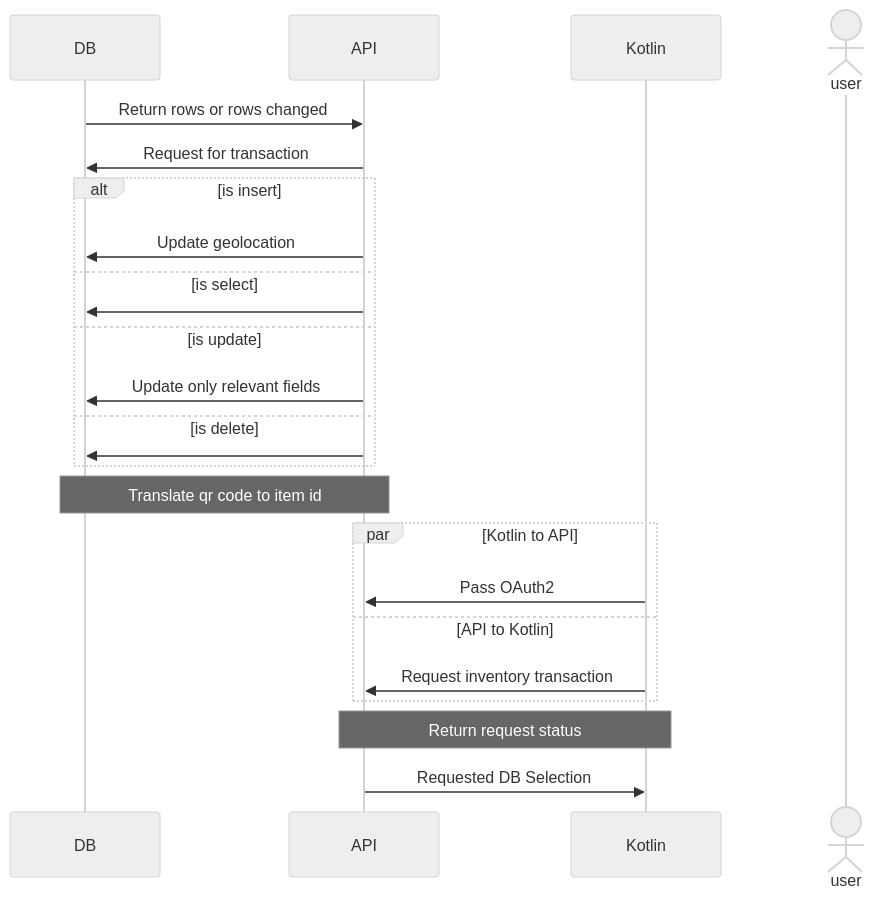
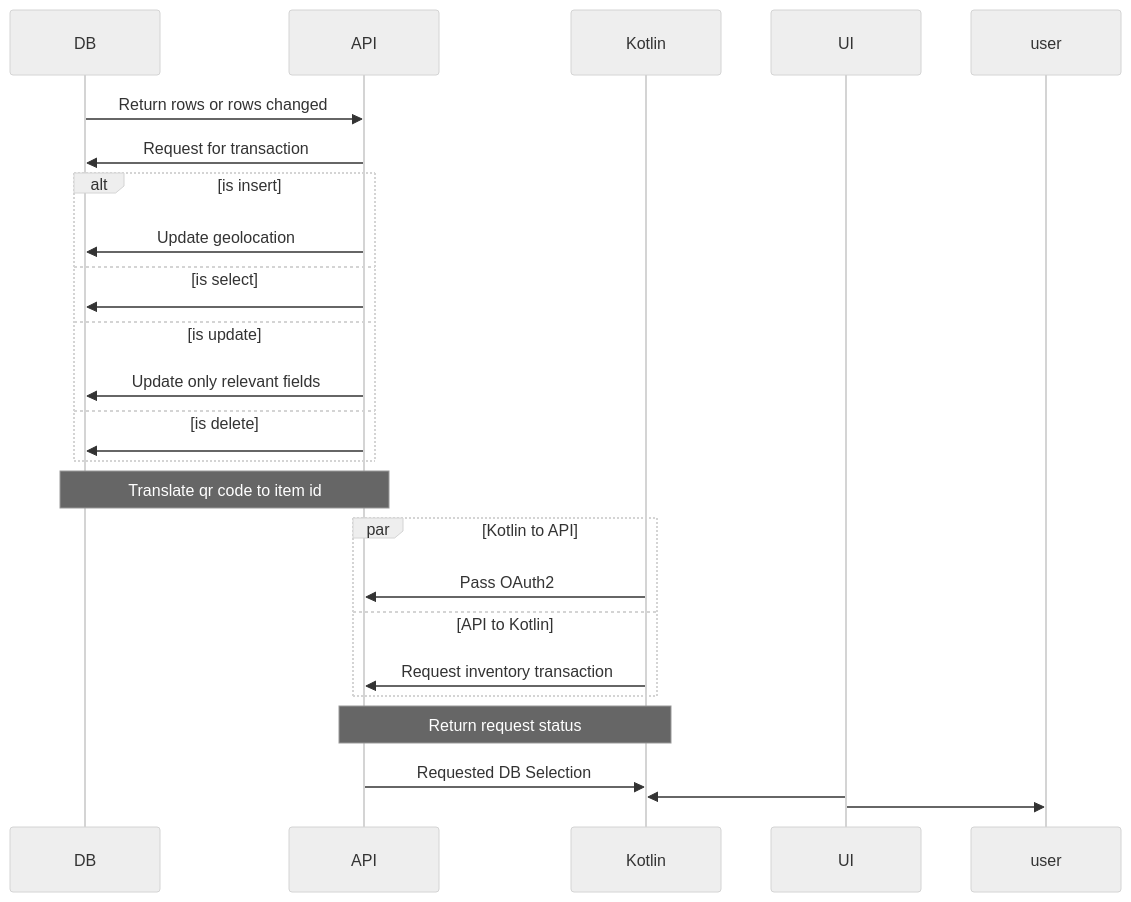
One commit to Andrew-Shepard/qstars-android-ui changed the diagram in README.md. Above: the diagram before and after it, drawn with Mermaid (neutral theme).

Commit message:
Added UI to interact between Kotlin and user

````diff
--- a/README.md
+++ b/README.md
@@ -4,23 +4,28 @@
 ```mermaid
 sequenceDiagram
 DB->>API: Return rows or rows changed
 API->>DB: Request for transaction
 alt is insert
     API->>DB: Update geolocation
 else is select
     API->>DB: 
 else is update
     API->>DB: Update only relevant fields
 else is delete
     API->>DB: 
 end
 Note over API,DB: Translate qr code to item id
 par Kotlin to API
     Kotlin->>API: Pass OAuth2
 and API to Kotlin
     Kotlin->>API: Request inventory transaction
 end
 Note over Kotlin,API: Return request status
 API->>Kotlin: Requested DB Selection
+
+UI->>Kotlin: 
+
+UI->>user: 
+
 actor user
 ```
````
